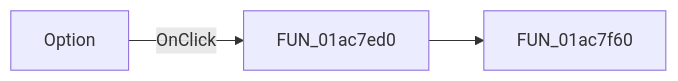
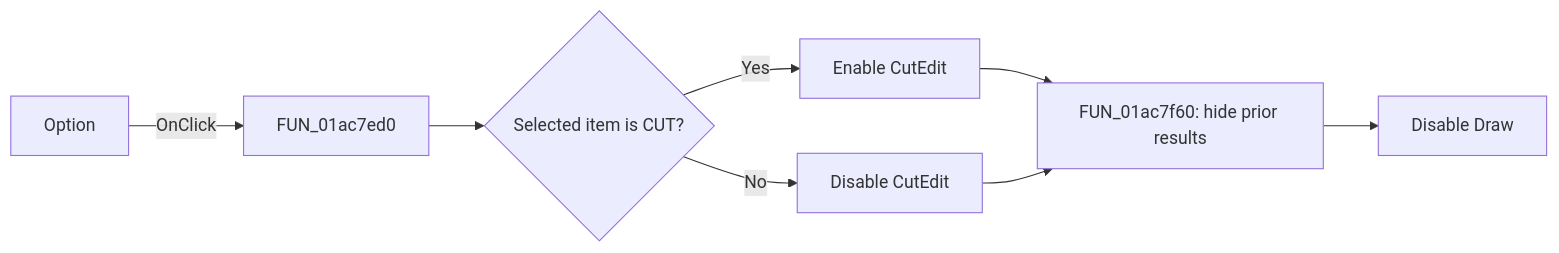
One commit to MovGP0/TIARA changed the diagram in docs/ui-controls/statisticdlg/optionrg-3efe6786c6.md. Above: the diagram before and after it, drawn with Mermaid. The commit also changed other lines of this file and 1062 other files, not shown here.

````diff
--- a/docs/ui-controls/statisticdlg/optionrg-3efe6786c6.md
+++ b/docs/ui-controls/statisticdlg/optionrg-3efe6786c6.md
@@ -27,5 +29,10 @@
 ```mermaid
 flowchart LR
     control[" Option "] -->|OnClick| handler["FUN_01ac7ed0"]
-    handler --> call1["FUN_01ac7f60"]
+    handler --> selected{"Selected item is CUT?"}
+    selected -->|Yes| enableCut["Enable CutEdit"]
+    selected -->|No| disableCut["Disable CutEdit"]
+    enableCut --> invalidate["FUN_01ac7f60: hide prior results"]
+    disableCut --> invalidate
+    invalidate --> disableDraw["Disable Draw"]
 ```
````
